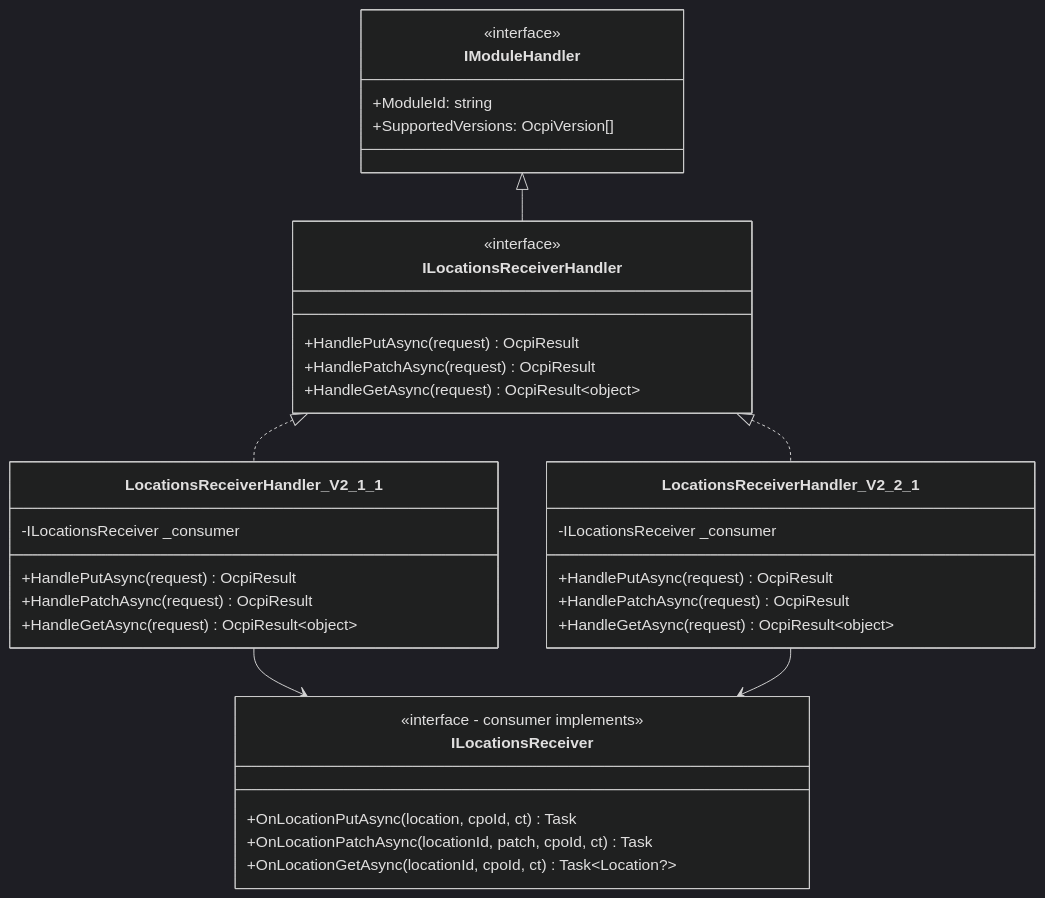
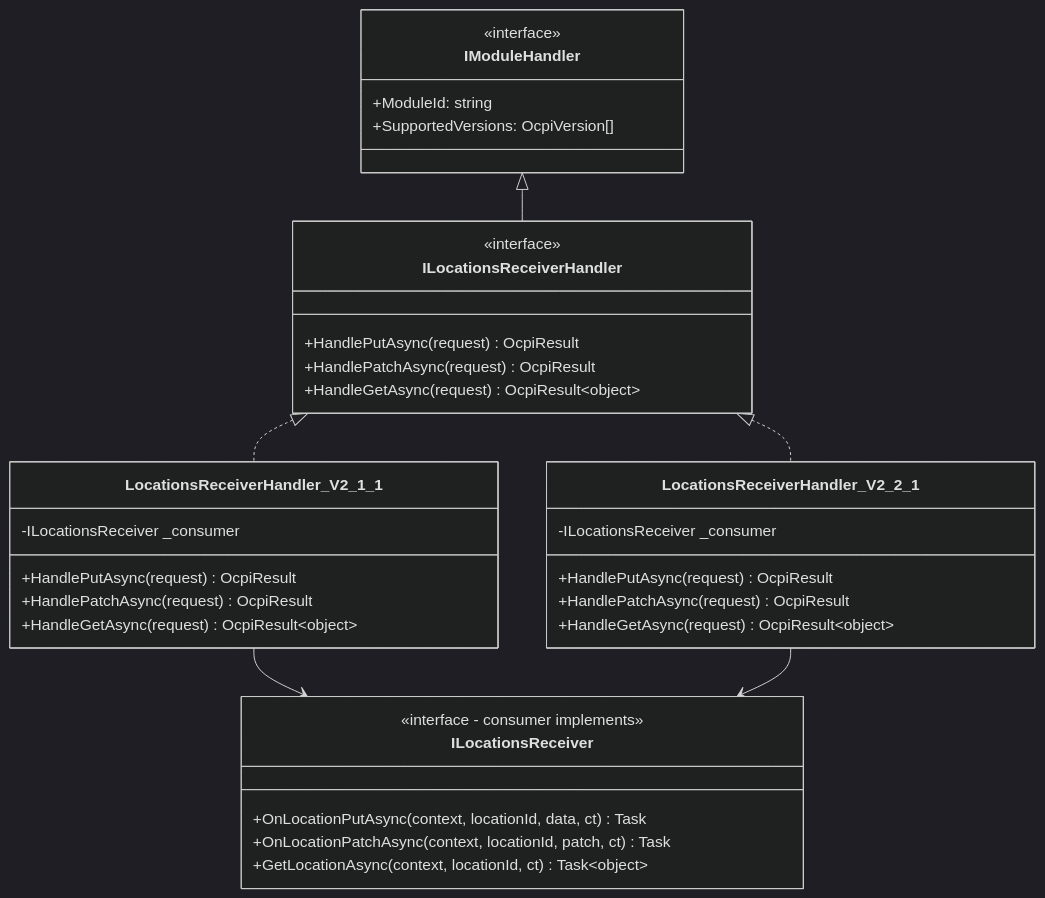
One commit to hannan-m/DotOcpi changed diagram 16 of 34 in docs/architecture.md. Above: the diagram before and after it, drawn with Mermaid (dark theme). The commit also changed other lines of this file and 19 other files, not shown here.

````diff
--- a/docs/architecture.md
+++ b/docs/architecture.md
@@ -626,42 +618,42 @@
 ```mermaid
 classDiagram
     class IModuleHandler {
         <<interface>>
         +ModuleId: string
         +SupportedVersions: OcpiVersion[]
     }
 
     class ILocationsReceiverHandler {
         <<interface>>
         +HandlePutAsync(request) OcpiResult
         +HandlePatchAsync(request) OcpiResult
         +HandleGetAsync(request) OcpiResult~object~
     }
 
     class LocationsReceiverHandler_V2_1_1 {
         -ILocationsReceiver _consumer
         +HandlePutAsync(request) OcpiResult
         +HandlePatchAsync(request) OcpiResult
         +HandleGetAsync(request) OcpiResult~object~
     }
 
     class LocationsReceiverHandler_V2_2_1 {
         -ILocationsReceiver _consumer
         +HandlePutAsync(request) OcpiResult
         +HandlePatchAsync(request) OcpiResult
         +HandleGetAsync(request) OcpiResult~object~
     }
 
     class ILocationsReceiver {
         <<interface - consumer implements>>
-        +OnLocationPutAsync(location, cpoId, ct) Task
-        +OnLocationPatchAsync(locationId, patch, cpoId, ct) Task
-        +OnLocationGetAsync(locationId, cpoId, ct) Task~Location?~
+        +OnLocationPutAsync(context, locationId, data, ct) Task
+        +OnLocationPatchAsync(context, locationId, patch, ct) Task
+        +GetLocationAsync(context, locationId, ct) Task~object~
     }
 
     IModuleHandler <|-- ILocationsReceiverHandler
     ILocationsReceiverHandler <|.. LocationsReceiverHandler_V2_1_1
     ILocationsReceiverHandler <|.. LocationsReceiverHandler_V2_2_1
     LocationsReceiverHandler_V2_1_1 --> ILocationsReceiver
     LocationsReceiverHandler_V2_2_1 --> ILocationsReceiver
 ```
````
